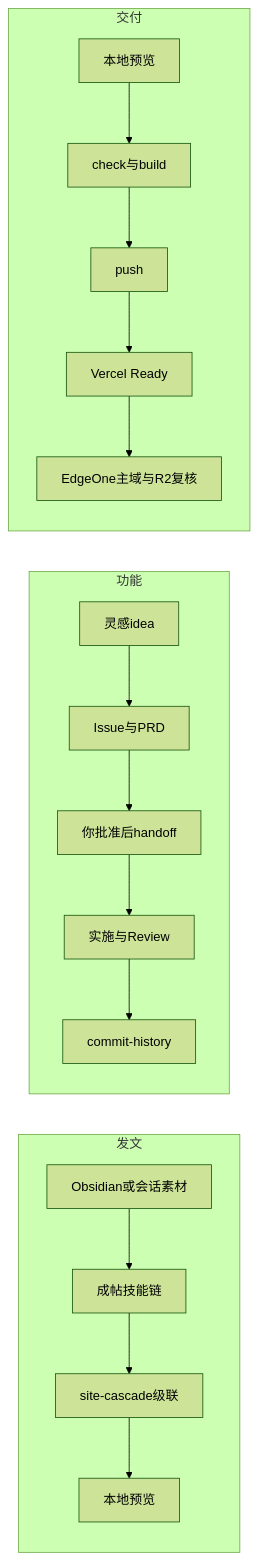
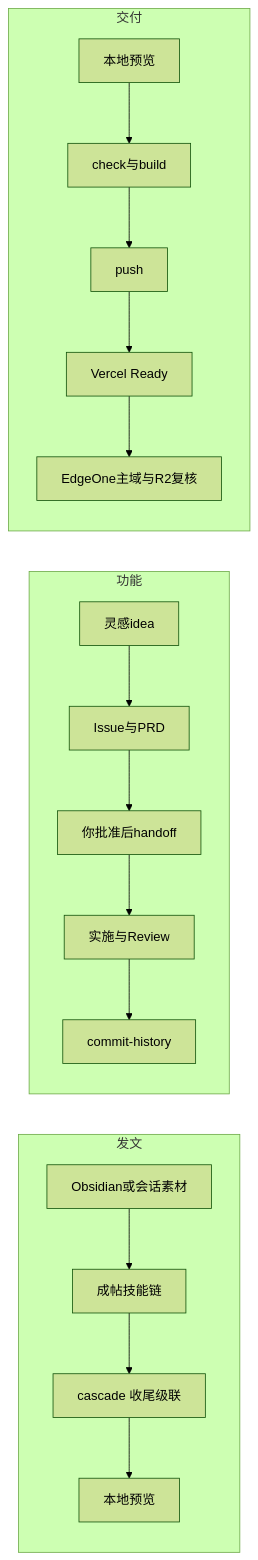
Before and after one commit to Aafff623/fork-Firefly: the diagram in README.md, drawn with Mermaid (forest theme). The commit also changed other lines of this file and 56 other files, not shown here.

````diff
--- a/README.md
+++ b/README.md
@@ -289,20 +289,20 @@
 ```mermaid
 flowchart LR
   subgraph publish [发文]
     A1[Obsidian或会话素材] --> A2[成帖技能链]
-    A2 --> A3[site-cascade级联]
+    A2 --> A3[cascade 收尾级联]
     A3 --> A4[本地预览]
   end
   subgraph feature [功能]
     B1[灵感idea] --> B2[Issue与PRD]
     B2 --> B3[你批准后handoff]
     B3 --> B4[实施与Review]
     B4 --> B5[commit-history]
   end
   subgraph ship [交付]
     C1[本地预览] --> C2[check与build]
     C2 --> C3[push]
     C3 --> C4[Vercel Ready]
     C4 --> C5[EdgeOne主域与R2复核]
   end
 ```
````
